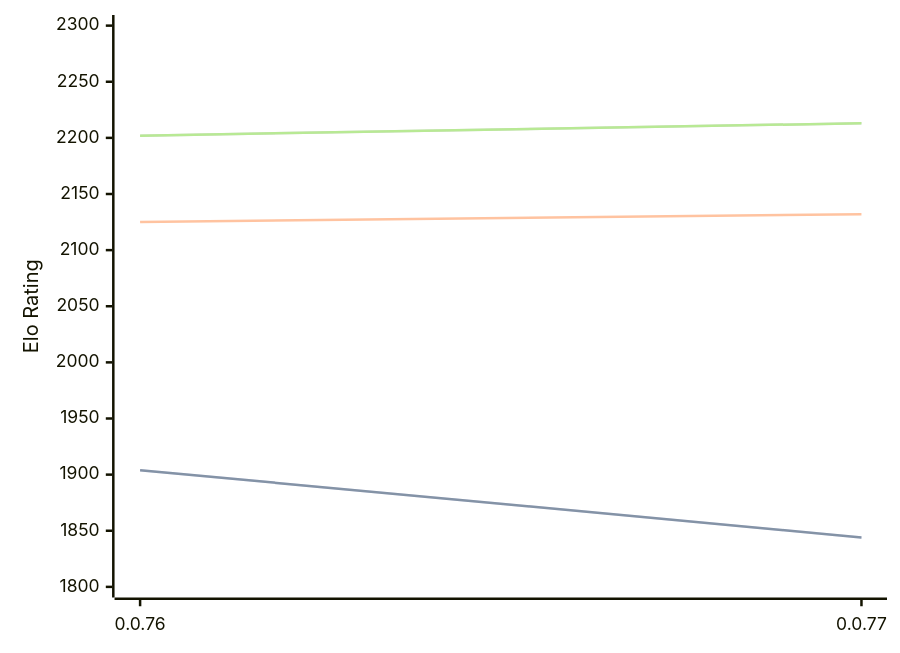
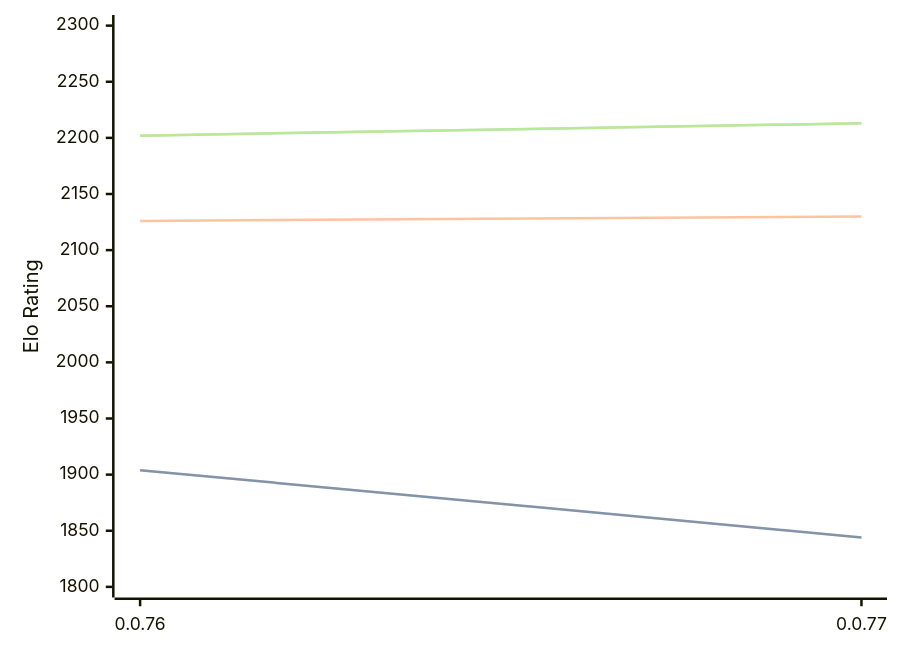
One commit to computer-chess-index/cci changed the diagram in engines/Fktb.md. Above: the diagram before and after it, drawn with Mermaid. The commit also changed other lines of this file, not shown here.

````diff
--- a/engines/Fktb.md
+++ b/engines/Fktb.md
@@ -32,11 +32,11 @@
 ```mermaid
 %%{init: {"theme":"base","themeVariables":{"seriesColors:['#a3a3a3','#222221','#faa371']}}}%%
 xychart-beta
   x-axis ["0.0.76", "0.0.77"]
   y-axis "Elo Rating" 1800 --> 2300
   line "STC (8.0+0.08s)" [1904, 1844]
   line "STC (8.0+0.08s)" [1904, 1844]
-  line "LTC (60.0+0.60s)" [2125, 2132]
+  line "LTC (60.0+0.60s)" [2126, 2130]
   line "VLTC (2m24s+1.12s)" [2202, 2213]
   line "VLTC (2m24s+1.12s)" [2202, 2213]
 ```
````
